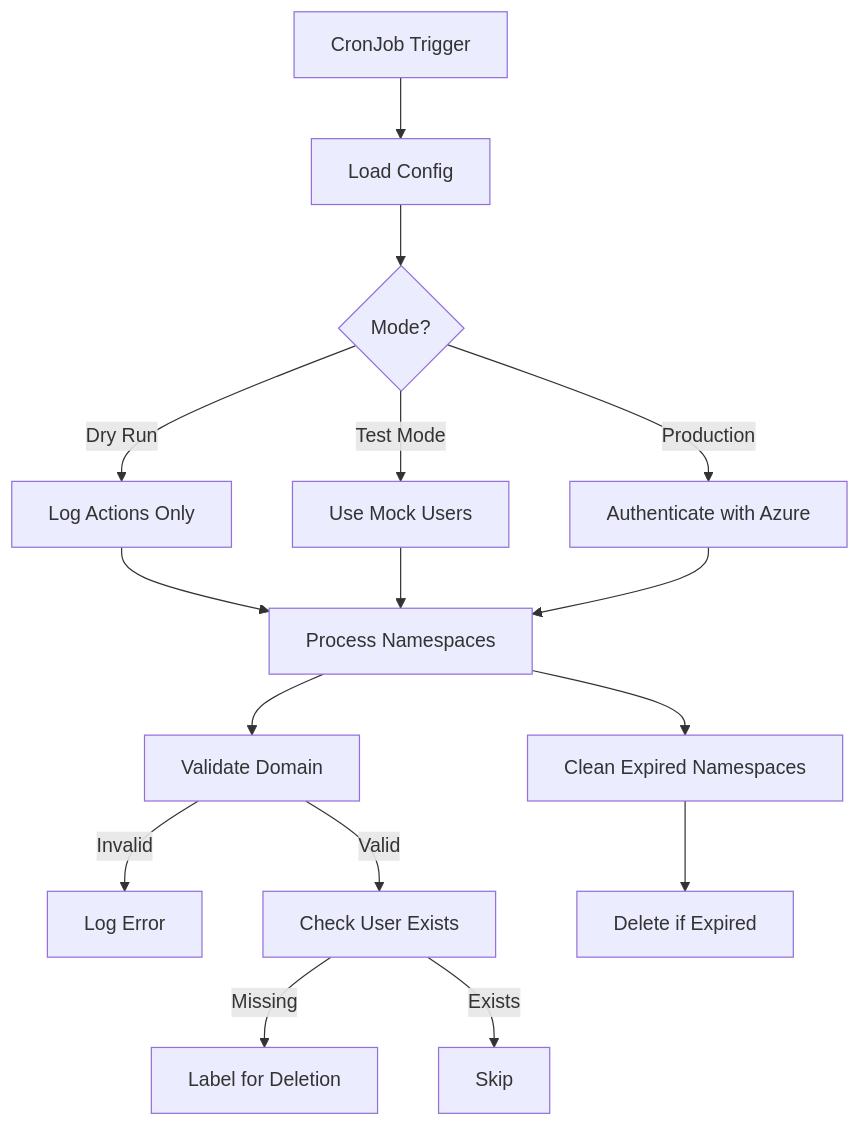
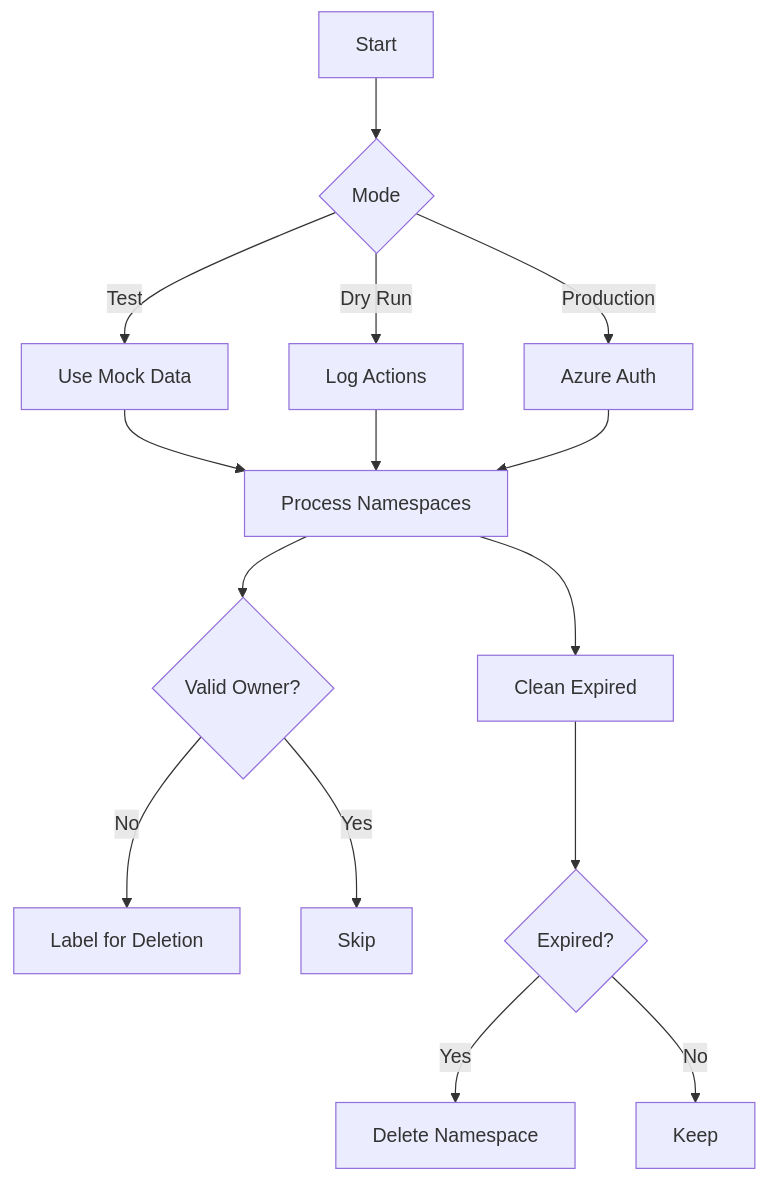
Before and after one commit to bryanpaget/namespace-cleaner: the diagram in README.md, drawn with Mermaid. The commit also changed other lines of this file, not shown here.

````diff
--- a/README.md
+++ b/README.md
@@ -4,17 +5,15 @@
 ```mermaid
-%% Workflow Diagram
 flowchart TD
-    A[CronJob Trigger] --> B[Load Config]
-    B --> C{Mode?}
-    C -->|Dry Run| D[Log Actions Only]
-    C -->|Test Mode| E[Use Mock Users]
-    C -->|Production| F[Authenticate with Azure]
-    D & E & F --> G[Process Namespaces]
-    G --> H[Validate Domain]
-    H -->|Invalid| I[Log Error]
-    H -->|Valid| J[Check User Exists]
-    J -->|Missing| K[Label for Deletion]
-    J -->|Exists| L[Skip]
-    G --> M[Clean Expired Namespaces]
-    M --> N[Delete if Expired]
+    A[Start] --> B{Mode}
+    B -->|Test| C[Use Mock Data]
+    B -->|Dry Run| D[Log Actions]
+    B -->|Production| E[Azure Auth]
+    C & D & E --> F[Process Namespaces]
+    F --> G{Valid Owner?}
+    G -->|No| H[Label for Deletion]
+    G -->|Yes| I[Skip]
+    F --> J[Clean Expired]
+    J --> K{Expired?}
+    K -->|Yes| L[Delete Namespace]
+    K -->|No| M[Keep]
 ```
````
